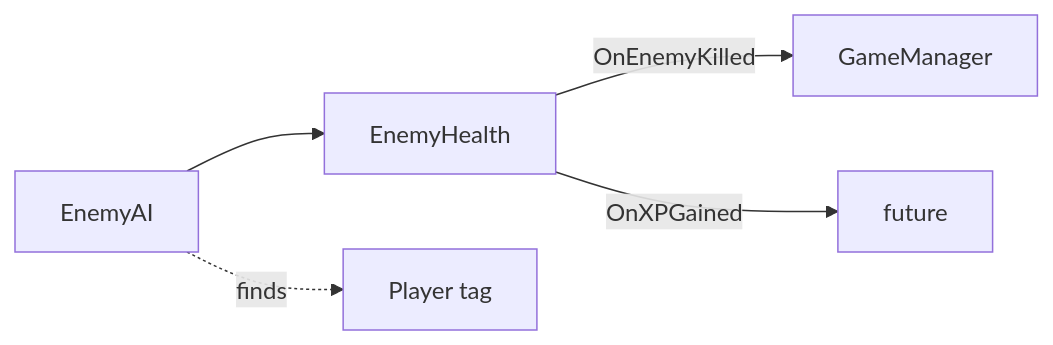
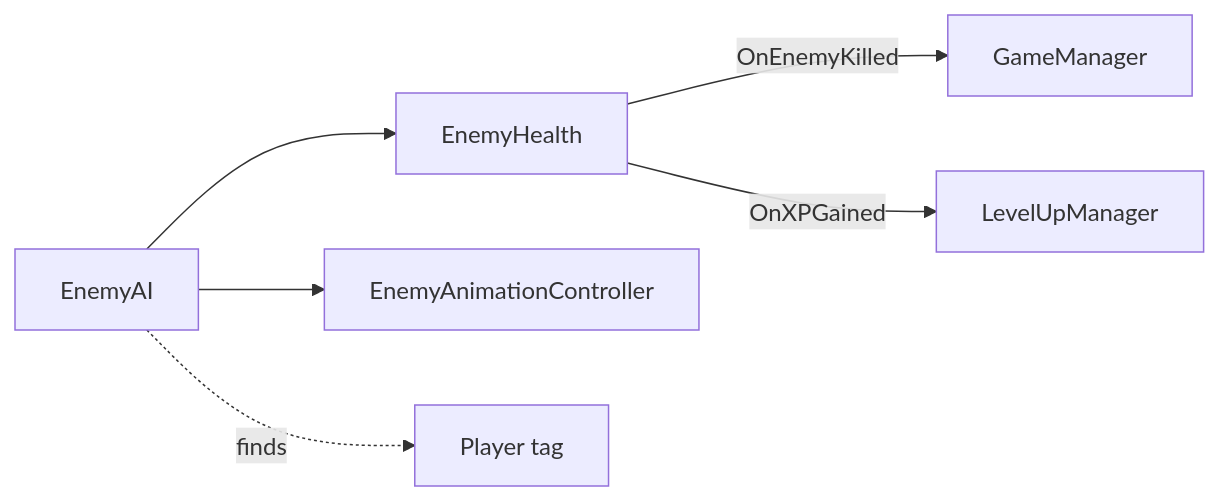
One commit to Yerassylzh/pixel-vanguard changed the second of 2 diagrams in Documents/Progress/Script Interactions.md. Above: the diagram before and after it, drawn with Mermaid. The commit also changed other lines of this file and 151 other files, not shown here.

````diff
--- a/Documents/Progress/Script Interactions.md
+++ b/Documents/Progress/Script Interactions.md
@@ -35,7 +35,8 @@
 ```mermaid
 graph LR
     EnemyAI[EnemyAI] --> EnemyHealth
+    EnemyAI --> EnemyAnimationController
     EnemyHealth -->|OnEnemyKilled| GameManager
-    EnemyHealth -->|OnXPGained| LevelUpManager[future]
+    EnemyHealth -->|OnXPGained| LevelUpManager
     EnemyAI -.->|finds| Player[Player tag]
 ```
````
